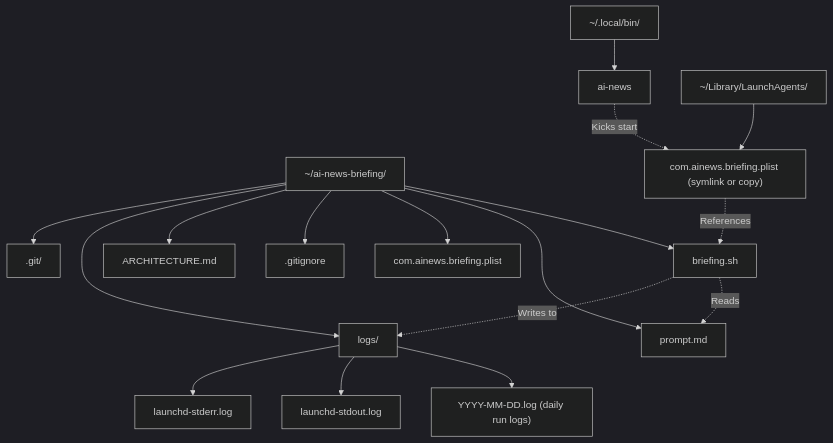
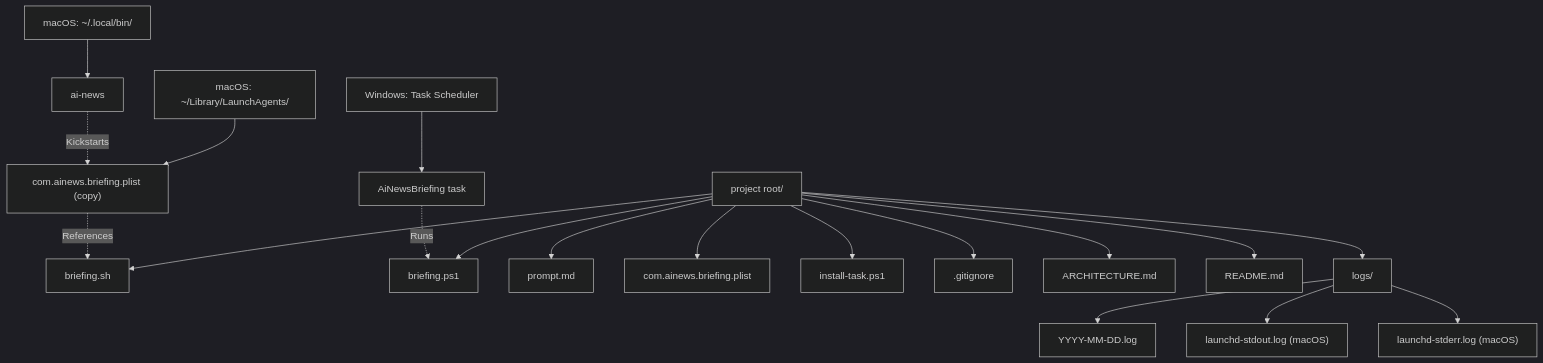
One commit to hoangsonww/ai-news-briefing changed diagram 11 of 11 in ARCHITECTURE.md. Above: the diagram before and after it, drawn with Mermaid (dark theme). The commit also changed other lines of this file and 4 other files, not shown here.

First line of the commit message:
Add Windows support via PowerShell and Task Scheduler

````diff
--- a/ARCHITECTURE.md
+++ b/ARCHITECTURE.md
@@ -478,23 +498,25 @@
 ```mermaid
 graph TD
-    A["~/ai-news-briefing/"] --> B[briefing.sh]
+    A["project root/"] --> B[briefing.sh]
+    A --> B2[briefing.ps1]
     A --> C[prompt.md]
     A --> D[com.ainews.briefing.plist]
+    A --> D2[install-task.ps1]
     A --> E[.gitignore]
     A --> F[ARCHITECTURE.md]
+    A --> F2[README.md]
     A --> G["logs/"]
-    A --> H[".git/"]
 
-    G --> G1["YYYY-MM-DD.log (daily run logs)"]
-    G --> G2["launchd-stdout.log"]
-    G --> G3["launchd-stderr.log"]
+    G --> G1["YYYY-MM-DD.log"]
+    G --> G2["launchd-stdout.log (macOS)"]
+    G --> G3["launchd-stderr.log (macOS)"]
 
-    I["~/.local/bin/"] --> J[ai-news]
+    H["macOS: ~/Library/LaunchAgents/"] --> I["com.ainews.briefing.plist (copy)"]
+    I -.->|References| B
 
-    K["~/Library/LaunchAgents/"] --> L["com.ainews.briefing.plist (symlink or copy)"]
+    J["macOS: ~/.local/bin/"] --> K[ai-news]
+    K -.->|Kickstarts| I
 
-    L -.->|References| B
-    J -.->|Kicks start| L
-    B -.->|Reads| C
-    B -.->|Writes to| G
+    L["Windows: Task Scheduler"] --> M[AiNewsBriefing task]
+    M -.->|Runs| B2
 ```
````
